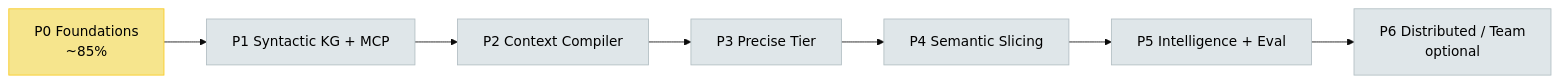
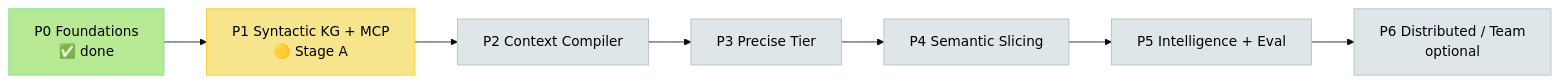
One commit to Md-Jazbee/prism changed the first of 2 diagrams in docs/planning/TASKS-AND-PROGRESS.md. Above: the diagram before and after it, drawn with Mermaid (base theme). The commit also changed other lines of this file and 26 other files, not shown here.

````diff
--- a/docs/planning/TASKS-AND-PROGRESS.md
+++ b/docs/planning/TASKS-AND-PROGRESS.md
@@ -26,17 +26,17 @@
 ```mermaid
 flowchart LR
-    P0[P0 Foundations<br/>~85%] --> P1[P1 Syntactic KG + MCP]
+    P0[P0 Foundations<br/>✅ done] --> P1[P1 Syntactic KG + MCP<br/>🟡 Stage A]
     P1 --> P2[P2 Context Compiler]
     P2 --> P3[P3 Precise Tier]
     P3 --> P4[P4 Semantic Slicing]
     P4 --> P5[P5 Intelligence + Eval]
     P5 --> P6[P6 Distributed / Team<br/>optional]
 
-    style P0 fill:#f6e58d,stroke:#f9ca24,color:#000
-    style P1 fill:#dfe6e9,stroke:#b2bec3,color:#000
+    style P0 fill:#b8e994,stroke:#78e08f,color:#000
+    style P1 fill:#f6e58d,stroke:#f9ca24,color:#000
     style P2 fill:#dfe6e9,stroke:#b2bec3,color:#000
     style P3 fill:#dfe6e9,stroke:#b2bec3,color:#000
     style P4 fill:#dfe6e9,stroke:#b2bec3,color:#000
     style P5 fill:#dfe6e9,stroke:#b2bec3,color:#000
     style P6 fill:#dfe6e9,stroke:#b2bec3,color:#000
 ```
````
